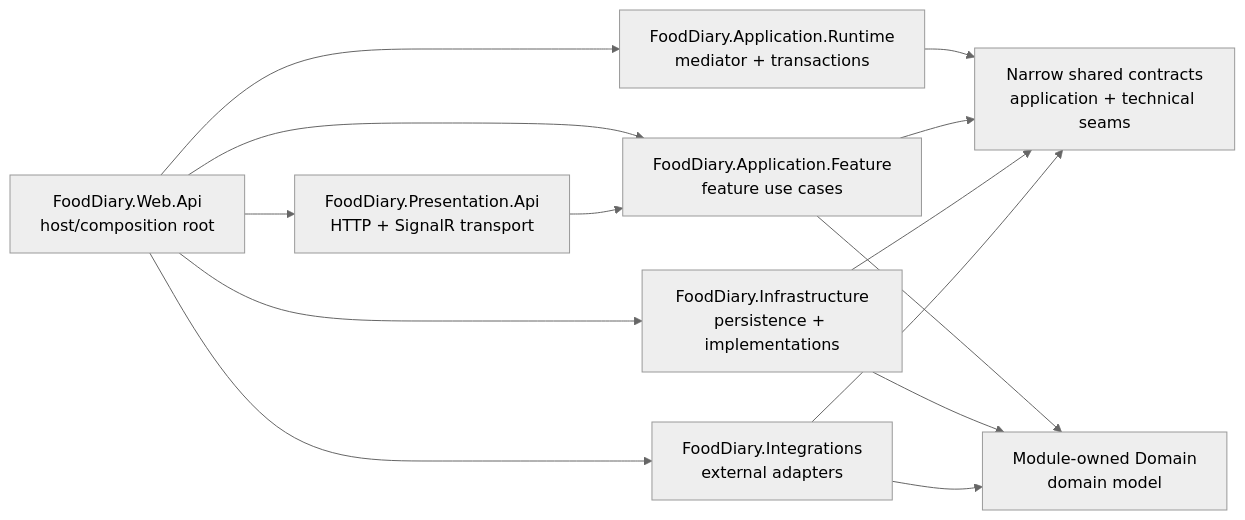
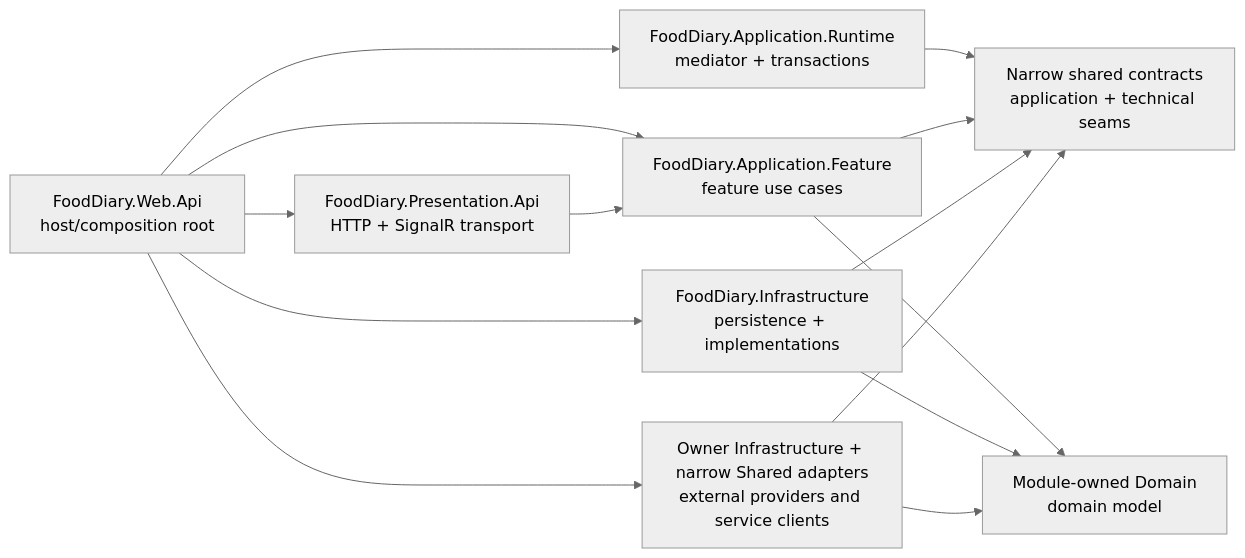
Before and after one commit to alexindima/food-diary: the first of 2 diagrams in docs/ARCHITECTURE.md, drawn with Mermaid (neutral theme). The commit also changed other lines of this file and 278 other files, not shown here.

````diff
--- a/docs/ARCHITECTURE.md
+++ b/docs/ARCHITECTURE.md
@@ -41,16 +41,16 @@
 ```mermaid
 flowchart LR
     WebApi["FoodDiary.Web.Api\nhost/composition root"] --> Presentation["FoodDiary.Presentation.Api\nHTTP + SignalR transport"]
     WebApi --> Runtime["FoodDiary.Application.Runtime\nmediator + transactions"]
     WebApi --> Modules["FoodDiary.Application.Feature\nfeature use cases"]
     WebApi --> Infrastructure["FoodDiary.Infrastructure\npersistence + implementations"]
-    WebApi --> Integrations["FoodDiary.Integrations\nexternal adapters"]
+    WebApi --> Adapters["Owner Infrastructure + narrow Shared adapters\nexternal providers and service clients"]
     Presentation --> Modules
     Runtime --> Contracts["Narrow shared contracts\napplication + technical seams"]
     Modules --> Contracts
     Modules --> Domain["Module-owned Domain\ndomain model"]
     Infrastructure --> Contracts
     Infrastructure --> Domain
-    Integrations --> Contracts
-    Integrations --> Domain
+    Adapters --> Contracts
+    Adapters --> Domain
 ```
````
